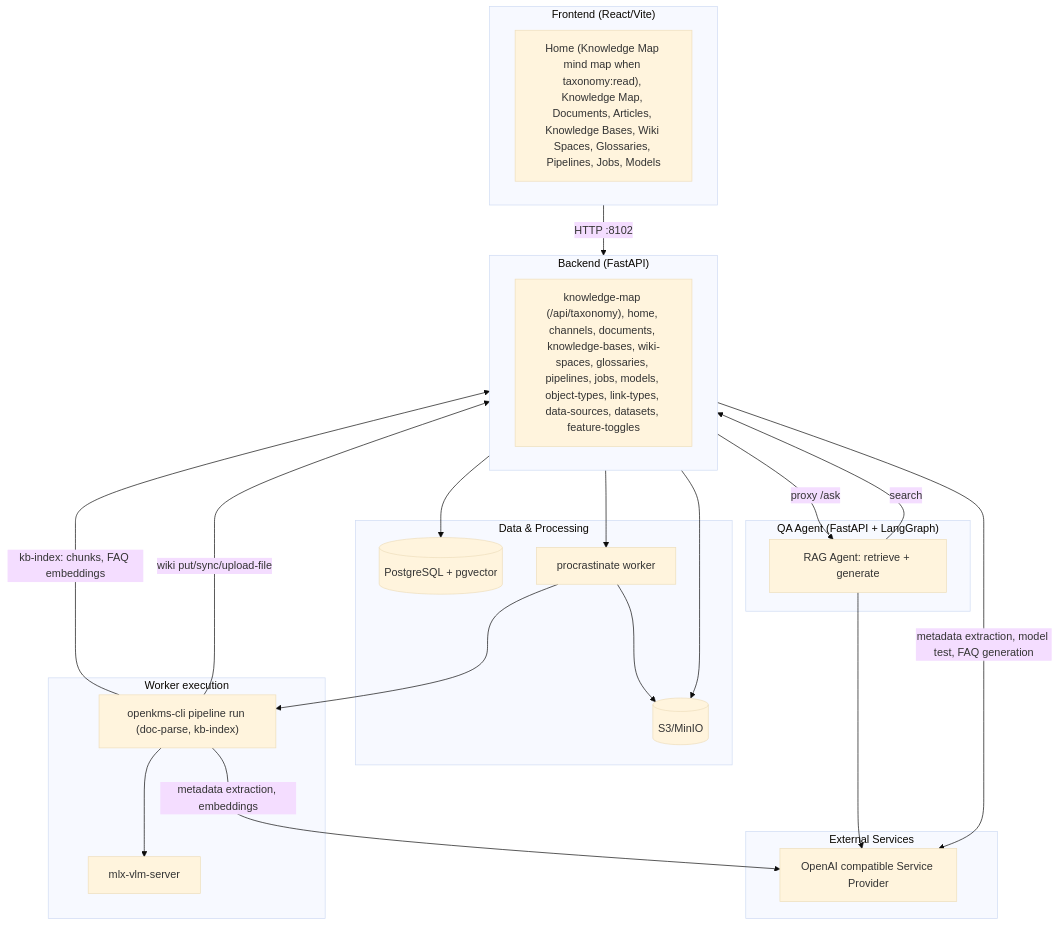
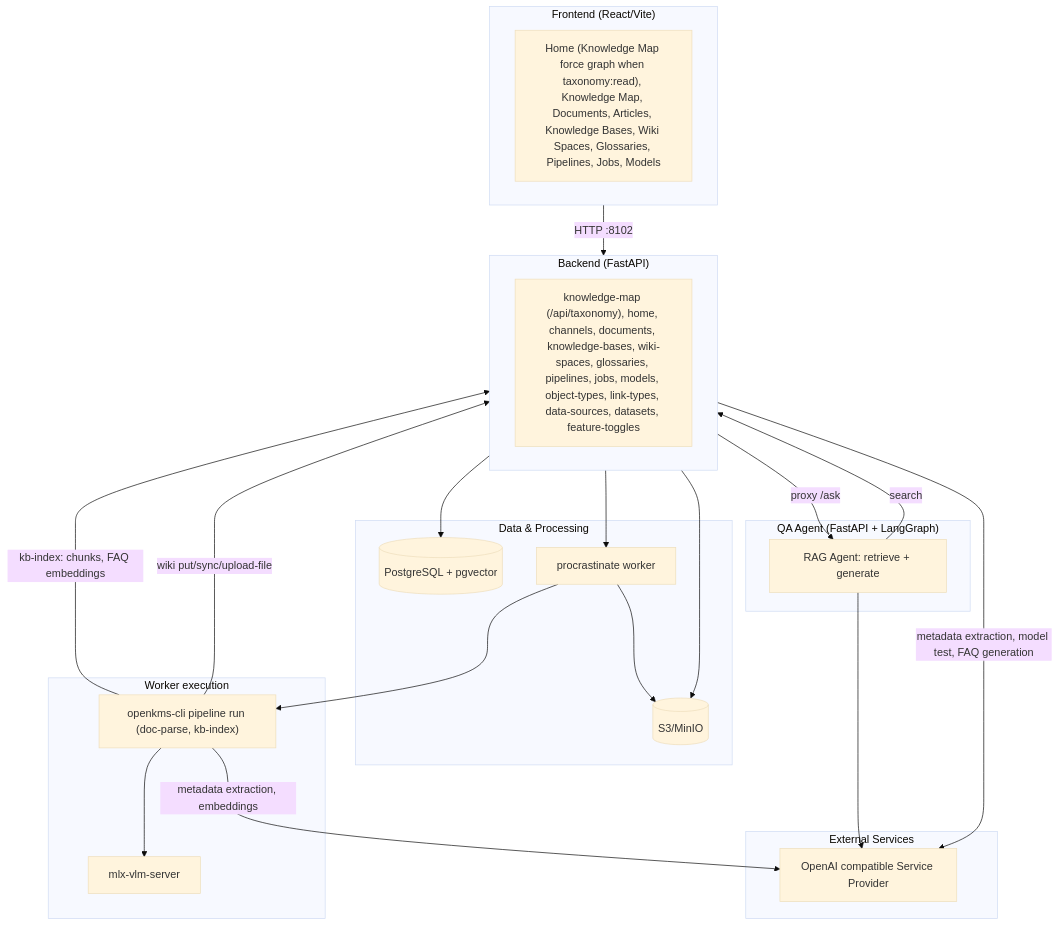
One commit to yingrui/openKMS changed the first of 5 diagrams in docs/architecture.md. Above: the diagram before and after it, drawn with Mermaid (base theme). The commit also changed other lines of this file and 8 other files, not shown here.

First line of the commit message:
feat(frontend): Knowledge Map force graph on Home; retire mind map

````diff
--- a/docs/architecture.md
+++ b/docs/architecture.md
@@ -7,44 +7,44 @@
 ```mermaid
 flowchart TB
   subgraph Frontend["Frontend (React/Vite)"]
-    FE["Home (Knowledge Map mind map when taxonomy:read), Knowledge Map, Documents, Articles, Knowledge Bases, Wiki Spaces, Glossaries, Pipelines, Jobs, Models"]
+    FE["Home (Knowledge Map force graph when taxonomy:read), Knowledge Map, Documents, Articles, Knowledge Bases, Wiki Spaces, Glossaries, Pipelines, Jobs, Models"]
   end
 
   subgraph Backend["Backend (FastAPI)"]
     API["knowledge-map (/api/taxonomy), home, channels, documents, knowledge-bases, wiki-spaces, glossaries, pipelines, jobs, models, object-types, link-types, data-sources, datasets, feature-toggles"]
   end
 
   subgraph Storage["Data & Processing"]
     PG[("PostgreSQL + pgvector")]
     S3[(S3/MinIO)]
     Worker["procrastinate worker"]
   end
 
   subgraph WorkerDetail["Worker execution"]
     CLI["openkms-cli pipeline run (doc-parse, kb-index)"]
     VLM["mlx-vlm-server"]
   end
 
   subgraph QAAgent["QA Agent (FastAPI + LangGraph)"]
     Agent["RAG Agent: retrieve + generate"]
   end
 
   subgraph External["External Services"]
     LLM["OpenAI compatible Service Provider"]
   end
 
   Frontend -->|HTTP :8102| Backend
   Backend --> PG
   Backend --> S3
   Backend --> Worker
   Backend -->|metadata extraction, model test, FAQ generation| LLM
   Backend -->|proxy /ask| Agent
   Agent -->|search| Backend
   Agent --> LLM
   Worker --> S3
   Worker --> CLI
   CLI --> VLM
   CLI -->|metadata extraction, embeddings| LLM
   CLI -->|kb-index: chunks, FAQ embeddings| Backend
   CLI -->|wiki put/sync/upload-file| Backend
 ```
````
